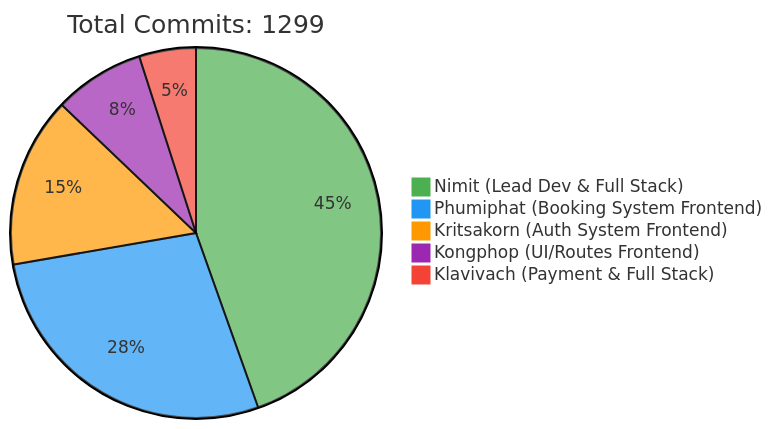
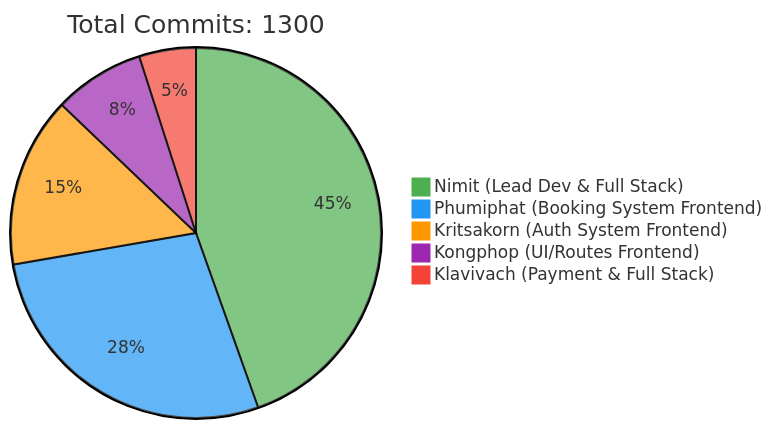
The first of 2 diagrams in README.md (6531503042/Sport-Complex), drawn with Mermaid before and after one commit. The commit also changed other lines of this file, not shown here.

Commit message:
docs: Update contributor statistics [skip ci]

````diff
--- a/README.md
+++ b/README.md
@@ -257,10 +257,10 @@
 ```mermaid
 %%{init: {'theme': 'base', 'themeVariables': { 'pie1': '#4CAF50', 'pie2': '#2196F3', 'pie3': '#FF9800', 'pie4': '#9C27B0', 'pie5': '#F44336'}}}%%
 pie
-    title Total Commits: 1299
+    title Total Commits: 1300
     "Nimit (Lead Dev & Full Stack)" : 450
     "Phumiphat (Booking System Frontend)" : 280
     "Kritsakorn (Auth System Frontend)" : 150
     "Kongphop (UI/Routes Frontend)" : 80
     "Klavivach (Payment & Full Stack)" : 50
 ```
````
